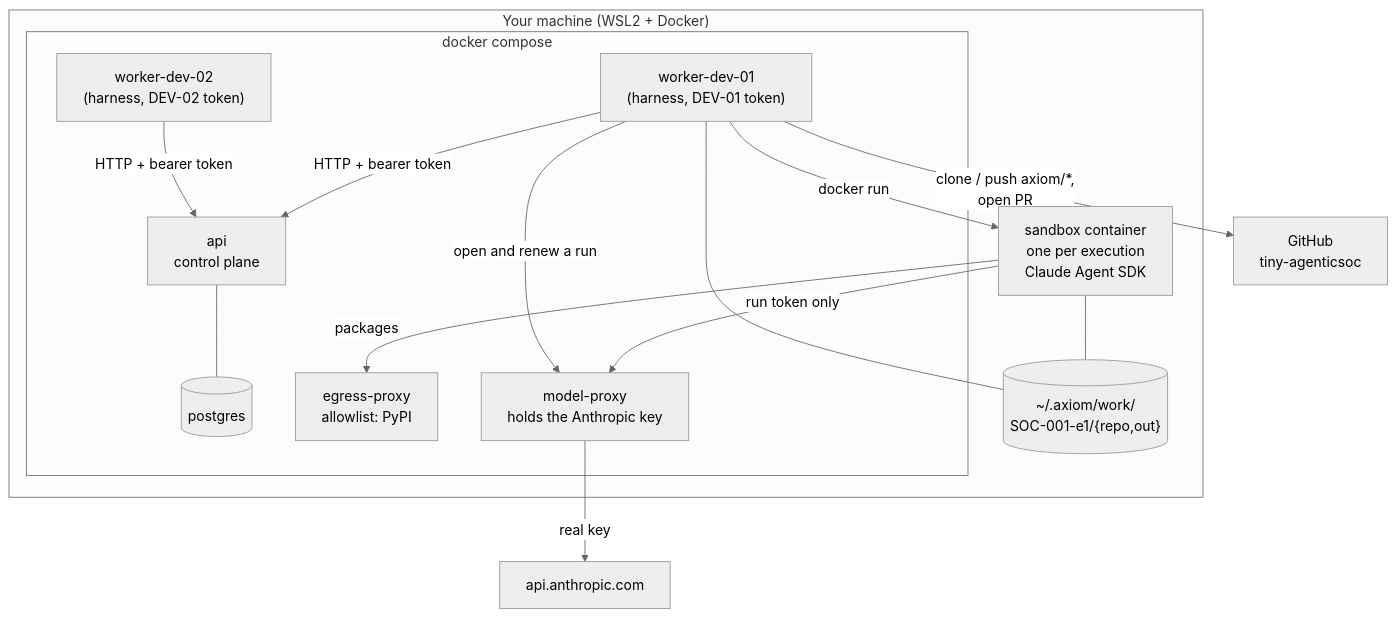
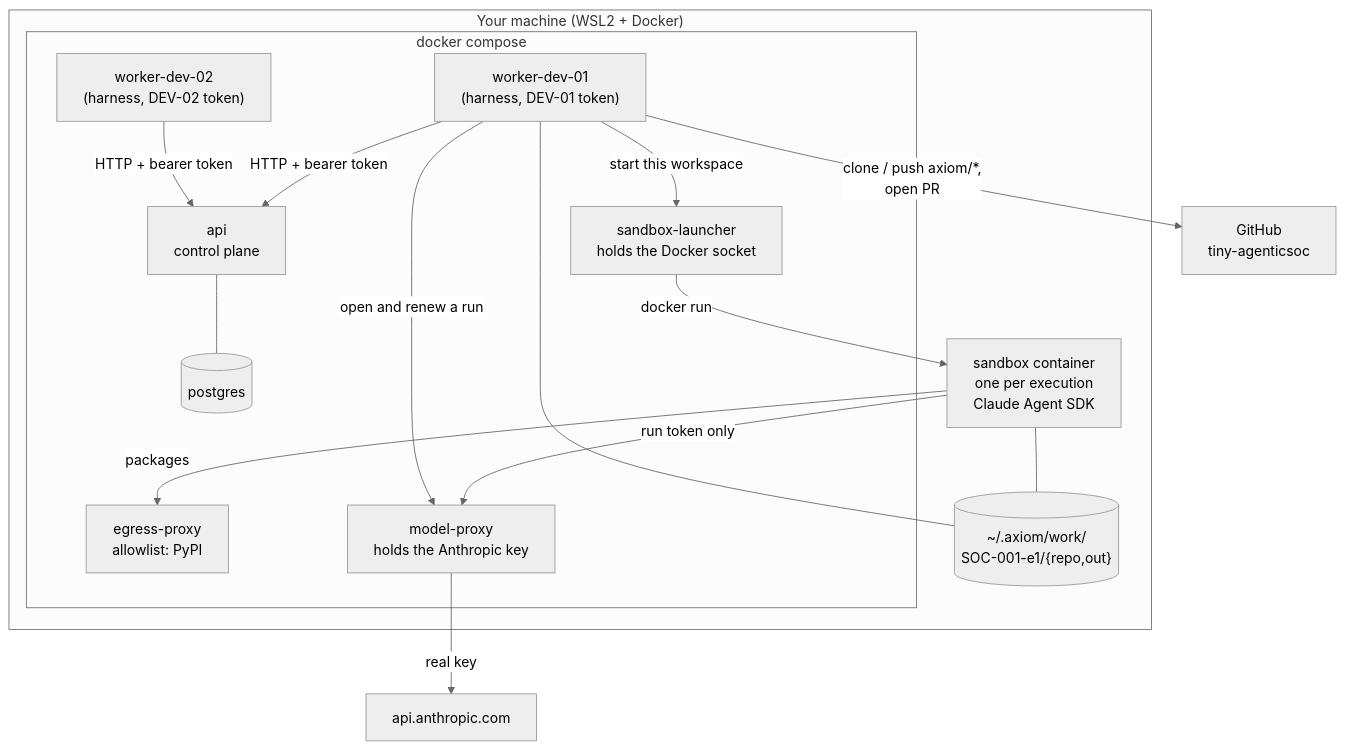
The second of 11 diagrams in docs/guide/11-workers-and-sandbox.md (bharathcmbox/axiom), drawn with Mermaid (neutral theme) before and after one commit. The commit also changed other lines of this file and 27 other files, not shown here.

First line of the commit message:
Phase 4 H2: only the launcher holds the Docker socket; close the symlink route to tokens

````diff
--- a/docs/guide/11-workers-and-sandbox.md
+++ b/docs/guide/11-workers-and-sandbox.md
@@ -25,27 +25,29 @@
 ```mermaid
 flowchart TB
     subgraph host["Your machine (WSL2 + Docker)"]
         subgraph compose["docker compose"]
             api["api<br/>control plane"]
             db[(postgres)]
             w1["worker-dev-01<br/>(harness, DEV-01 token)"]
             w2["worker-dev-02<br/>(harness, DEV-02 token)"]
             proxy["egress-proxy<br/>allowlist: PyPI"]
             mp["model-proxy<br/>holds the Anthropic key"]
+            la["sandbox-launcher<br/>holds the Docker socket"]
         end
         sbx["sandbox container<br/>one per execution<br/>Claude Agent SDK"]
         ws[("~/.axiom/work/<br/>SOC-001-e1/{repo,out}")]
     end
     gh["GitHub<br/>tiny-agenticsoc"]
     anth["api.anthropic.com"]
     w1 -->|"HTTP + bearer token"| api
     w2 -->|"HTTP + bearer token"| api
     api --- db
     w1 -->|"clone / push axiom/*,<br/>open PR"| gh
-    w1 -->|"docker run"| sbx
+    w1 -->|"start this workspace"| la
+    la -->|"docker run"| sbx
     sbx --- ws
     w1 --- ws
     sbx -->|"run token only"| mp -->|"real key"| anth
     sbx -->|"packages"| proxy
     w1 -->|"open and renew a run"| mp
 ```
````
